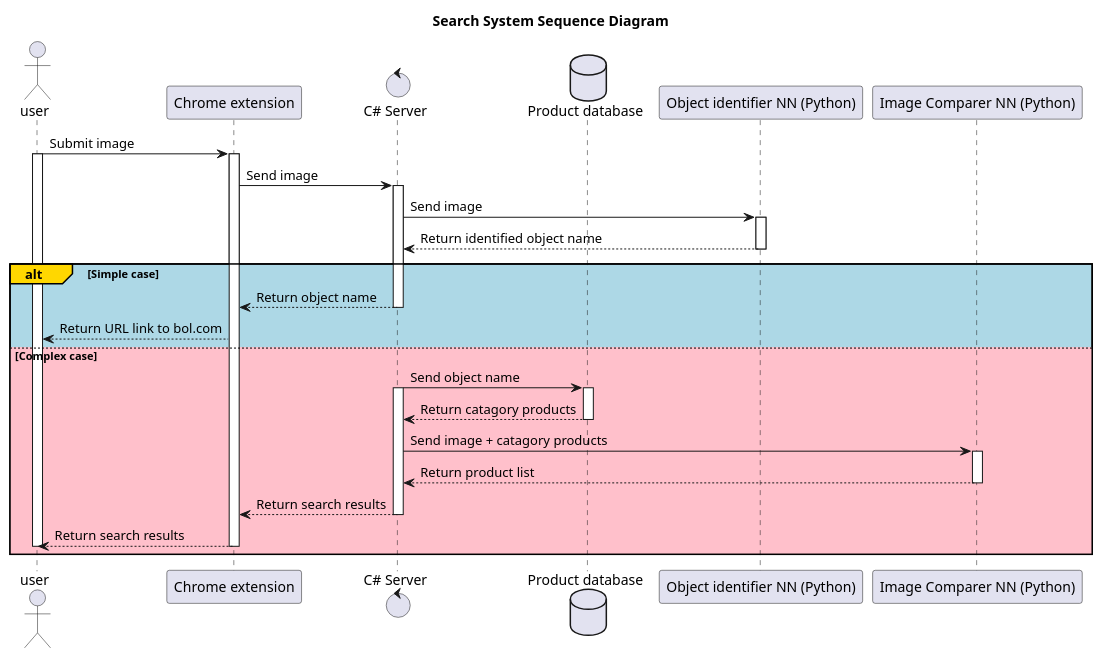
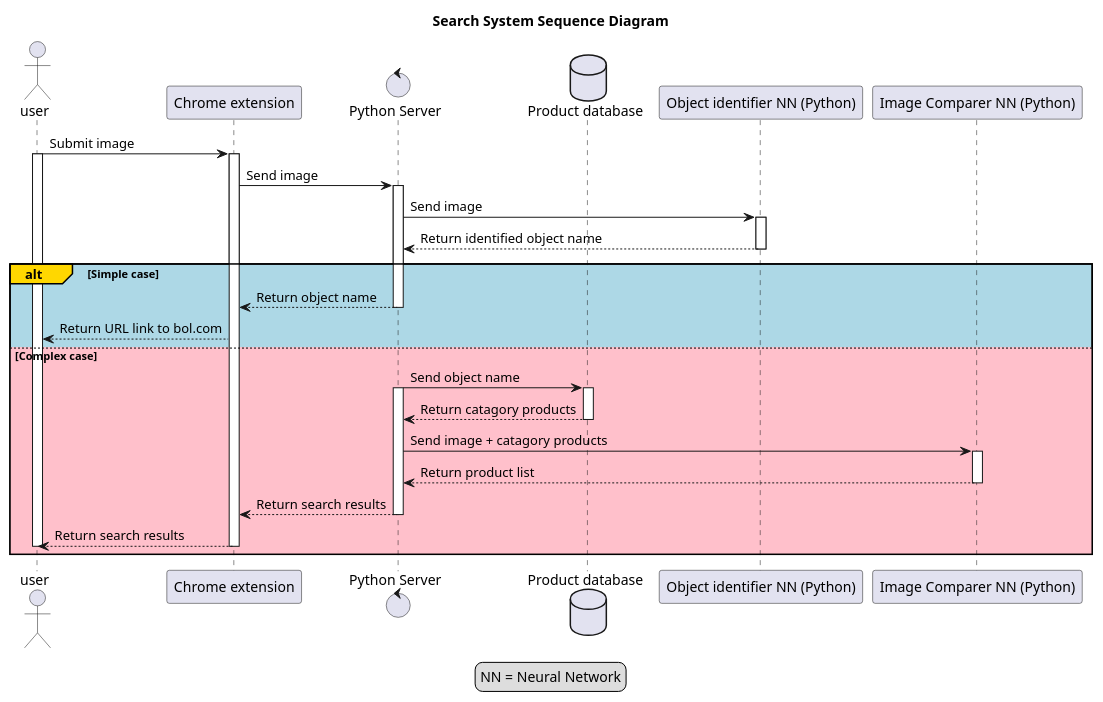
The diagram in Documentation/SequenceDiagrams/SequenceDiagram.plantuml (RemonZander/Project-D), drawn with PlantUML before and after one commit.

Commit message:
Updated sequence diagram

```diff
--- a/Documentation/SequenceDiagrams/SequenceDiagram.plantuml
+++ b/Documentation/SequenceDiagrams/SequenceDiagram.plantuml
@@ -1,46 +1,50 @@
 @startuml
 
 title **Search System Sequence Diagram**
 
 actor user as usr
 participant "Chrome extension" as ext
-control "C# Server" as csh
+control "Python Server" as csh
 database "Product database" as db
 participant "Object identifier NN (Python)" as obj
 participant "Image Comparer NN (Python)" as img
 
 usr -> ext: Submit image
 activate usr
 activate ext
 ext -> csh: Send image
 activate csh
 csh -> obj: Send image
 activate obj
 
 obj --> csh: Return identified object name
 deactivate obj
 
 alt#Gold #LightBlue Simple case
     csh --> ext: Return object name
     deactivate csh
     ext --> usr: Return URL link to bol.com
 
 else #Pink Complex case
     csh -> db: Send object name
     activate csh
     activate db
     db --> csh: Return catagory products
     deactivate db
     csh -> img: Send image + catagory products
     activate img
     
     img --> csh: Return product list
     deactivate img
 
     csh --> ext: Return search results
     deactivate csh
     ext --> usr: Return search results
     deactivate ext
     deactivate usr
+
+    legend
+     NN = Neural Network
+endlegend
 end
 @enduml
```
